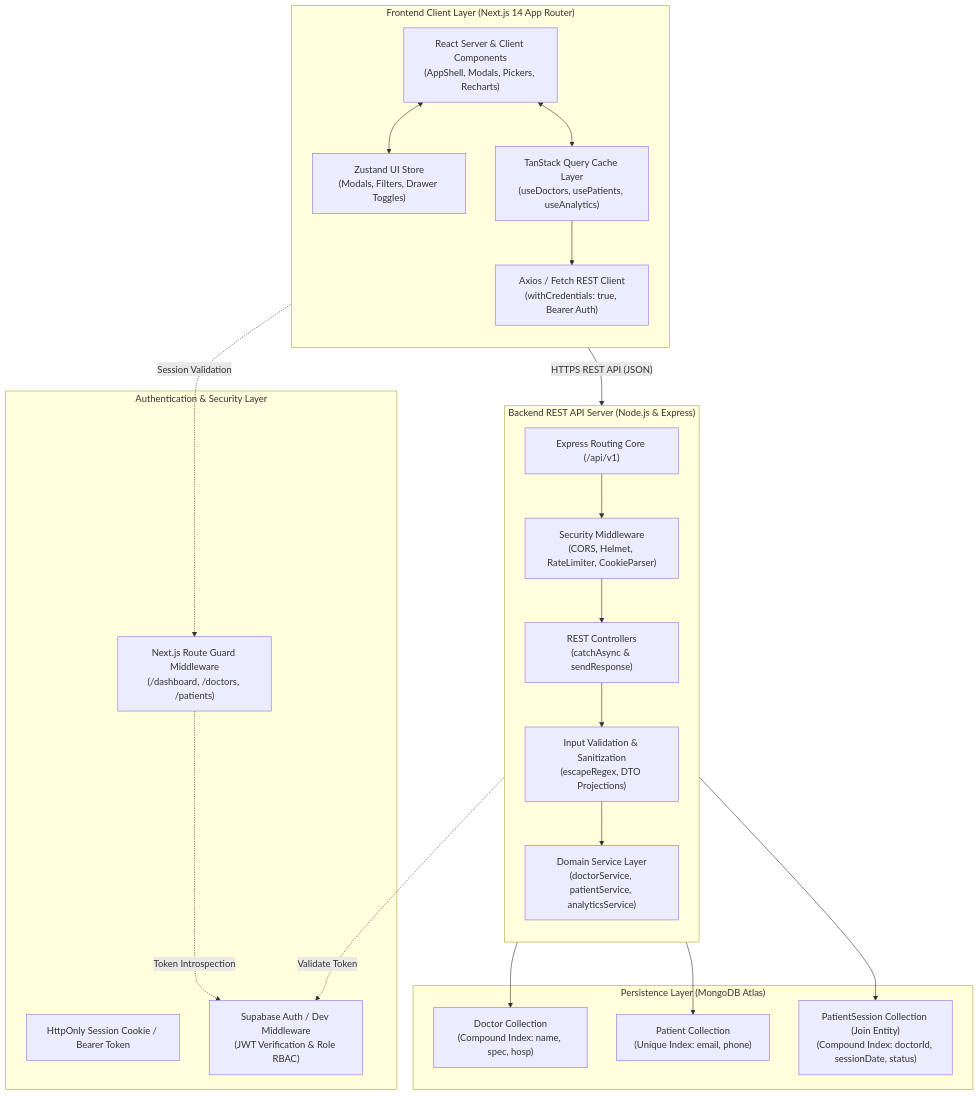
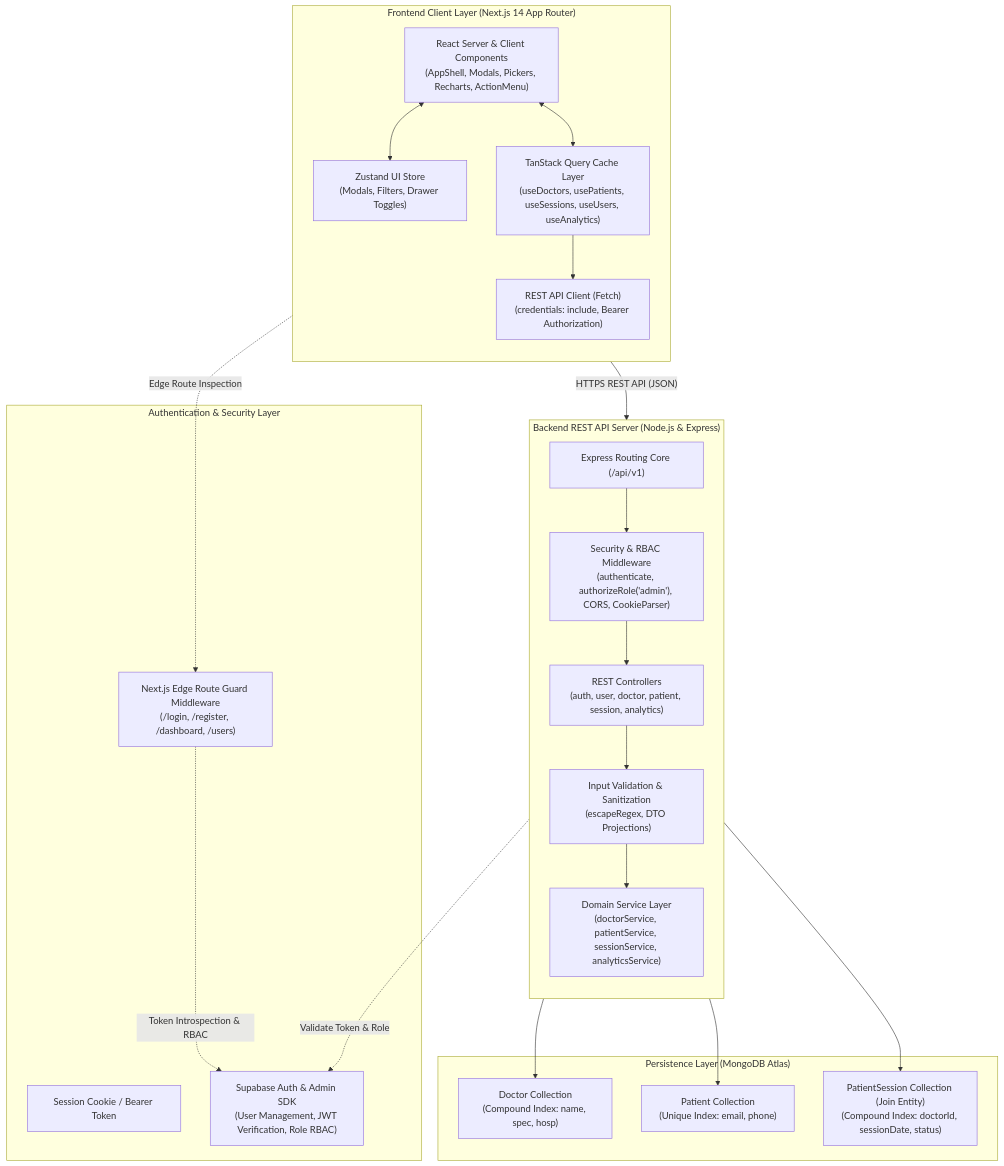
One commit to jubayerCodes/docTrack changed the diagram in README.md. Above: the diagram before and after it, drawn with Mermaid. The commit also changed other lines of this file and 3 other files, not shown here.

Commit message:
docs: update README with RBAC, user management, and registration architecture details

````diff
--- a/README.md
+++ b/README.md
@@ -152,46 +155,46 @@
 ```mermaid
 flowchart TD
     subgraph BrowserClient ["Frontend Client Layer (Next.js 14 App Router)"]
         direction TB
-        UI["React Server & Client Components\n(AppShell, Modals, Pickers, Recharts)"]
+        UI["React Server & Client Components\n(AppShell, Modals, Pickers, Recharts, ActionMenu)"]
         ZST["Zustand UI Store\n(Modals, Filters, Drawer Toggles)"]
-        TKQ["TanStack Query Cache Layer\n(useDoctors, usePatients, useAnalytics)"]
-        API_CLIENT["Axios / Fetch REST Client\n(withCredentials: true, Bearer Auth)"]
+        TKQ["TanStack Query Cache Layer\n(useDoctors, usePatients, useSessions, useUsers, useAnalytics)"]
+        API_CLIENT["REST API Client (Fetch)\n(credentials: include, Bearer Authorization)"]
         
         UI <--> ZST
         UI <--> TKQ
         TKQ --> API_CLIENT
     end
 
     subgraph Security ["Authentication & Security Layer"]
-        AUTH_MW["Next.js Route Guard Middleware\n(/dashboard, /doctors, /patients)"]
-        COOKIE["HttpOnly Session Cookie / Bearer Token"]
-        SB["Supabase Auth / Dev Middleware\n(JWT Verification & Role RBAC)"]
+        AUTH_MW["Next.js Edge Route Guard Middleware\n(/login, /register, /dashboard, /users)"]
+        COOKIE["Session Cookie / Bearer Token"]
+        SB["Supabase Auth & Admin SDK\n(User Management, JWT Verification, Role RBAC)"]
     end
 
     subgraph ExpressServer ["Backend REST API Server (Node.js & Express)"]
         direction TB
         EX_APP["Express Routing Core (/api/v1)"]
-        SEC_MW["Security Middleware\n(CORS, Helmet, RateLimiter, CookieParser)"]
-        CTRL["REST Controllers\n(catchAsync & sendResponse)"]
-        SERV["Domain Service Layer\n(doctorService, patientService, analyticsService)"]
+        SEC_MW["Security & RBAC Middleware\n(authenticate, authorizeRole('admin'), CORS, CookieParser)"]
+        CTRL["REST Controllers\n(auth, user, doctor, patient, session, analytics)"]
+        SERV["Domain Service Layer\n(doctorService, patientService, sessionService, analyticsService)"]
         SAN["Input Validation & Sanitization\n(escapeRegex, DTO Projections)"]
 
         EX_APP --> SEC_MW --> CTRL --> SAN --> SERV
     end
 
     subgraph Persistence ["Persistence Layer (MongoDB Atlas)"]
         M_DOC["Doctor Collection\n(Compound Index: name, spec, hosp)"]
         M_PAT["Patient Collection\n(Unique Index: email, phone)"]
         M_SES["PatientSession Collection (Join Entity)\n(Compound Index: doctorId, sessionDate, status)"]
         
         SERV --> M_DOC
         SERV --> M_PAT
         SERV --> M_SES
     end
 
     BrowserClient -- "HTTPS REST API (JSON)" --> EX_APP
-    BrowserClient -. "Session Validation" .-> AUTH_MW
-    AUTH_MW -. "Token Introspection" .-> SB
-    SEC_MW -. "Validate Token" .-> SB
+    BrowserClient -. "Edge Route Inspection" .-> AUTH_MW
+    AUTH_MW -. "Token Introspection & RBAC" .-> SB
+    SEC_MW -. "Validate Token & Role" .-> SB
 ```
````
